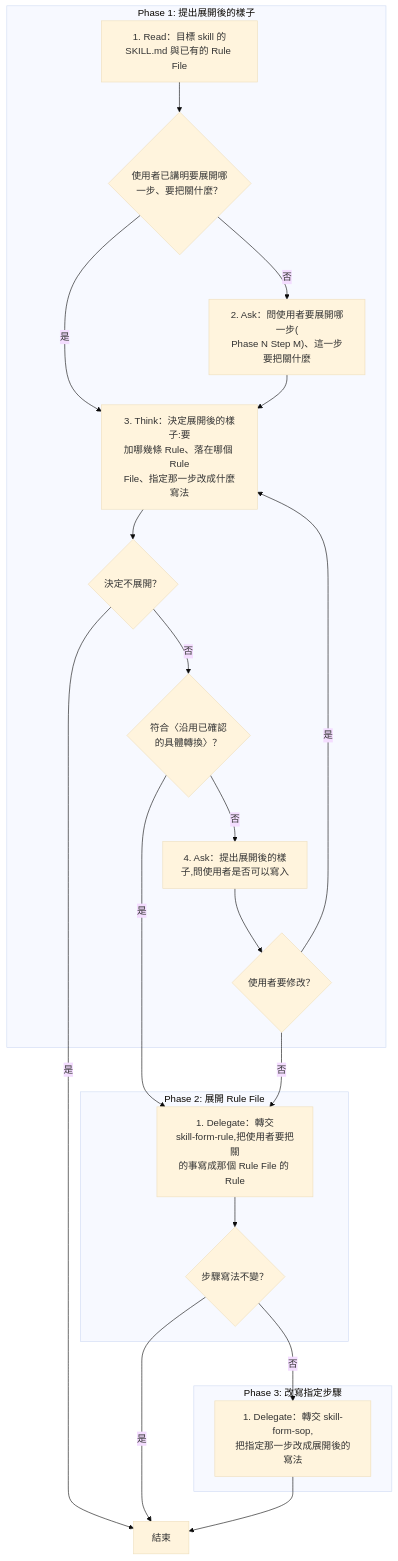
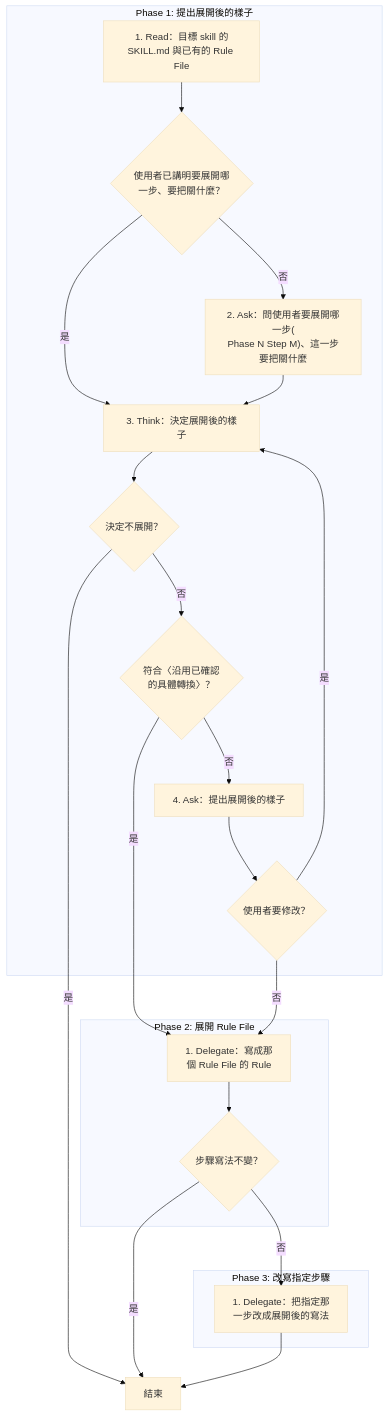
The first of 2 diagrams in .claude/skills/skill-derive-rule/SKILL.md (AI-x-BDD/BDGG-Dev-Skills), drawn with Mermaid (base theme) before and after one commit. The commit also changed other lines of this file and 31 other files, not shown here.

````diff
--- a/.claude/skills/skill-derive-rule/SKILL.md
+++ b/.claude/skills/skill-derive-rule/SKILL.md
@@ -23,37 +23,37 @@
 ```mermaid
 flowchart TD
     subgraph P1["Phase 1: 提出展開後的樣子"]
         P1S1["1. Read：目標 skill 的<br/>SKILL.md 與已有的 Rule File"]
         G_P1S1_1{"使用者已講明要展開哪<br/>一步、要把關什麼？"}
         P1S2["2. Ask：問使用者要展開哪一步(<br/>Phase N Step M)、這一步要把關什麼"]
-        P1S3["3. Think：決定展開後的樣子:要<br/>加哪幾條 Rule、落在哪個 Rule<br/>File、指定那一步改成什麼寫法"]
+        P1S3["3. Think：決定展開後的樣子"]
         G_P1S3_1{"決定不展開？"}
         G_P1S3_2{"符合〈沿用已確認<br/>的具體轉換〉？"}
-        P1S4["4. Ask：提出展開後的樣<br/>子,問使用者是否可以寫入"]
+        P1S4["4. Ask：提出展開後的樣子"]
         G_P1S4_1{"使用者要修改？"}
     end
     subgraph P2["Phase 2: 展開 Rule File"]
-        P2S1["1. Delegate：轉交<br/>skill-form-rule,把使用者要把關<br/>的事寫成那個 Rule File 的 Rule"]
+        P2S1["1. Delegate：寫成那<br/>個 Rule File 的 Rule"]
         G_P2S1_1{"步驟寫法不變？"}
     end
     subgraph P3["Phase 3: 改寫指定步驟"]
-        P3S1["1. Delegate：轉交 skill-form-sop,<br/>把指定那一步改成展開後的寫法"]
+        P3S1["1. Delegate：把指定那<br/>一步改成展開後的寫法"]
     end
     End["結束"]
     P1S1 --> G_P1S1_1
     G_P1S1_1 -->|是| P1S3
     G_P1S1_1 -->|否| P1S2
     P1S2 --> P1S3
     P1S3 --> G_P1S3_1
     G_P1S3_1 -->|是| End
     G_P1S3_1 -->|否| G_P1S3_2
     G_P1S3_2 -->|是| P2S1
     G_P1S3_2 -->|否| P1S4
     P1S4 --> G_P1S4_1
     G_P1S4_1 -->|是| P1S3
     G_P1S4_1 -->|否| P2S1
     P2S1 --> G_P2S1_1
     G_P2S1_1 -->|是| End
     G_P2S1_1 -->|否| P3S1
     P3S1 --> End
 ```
````
